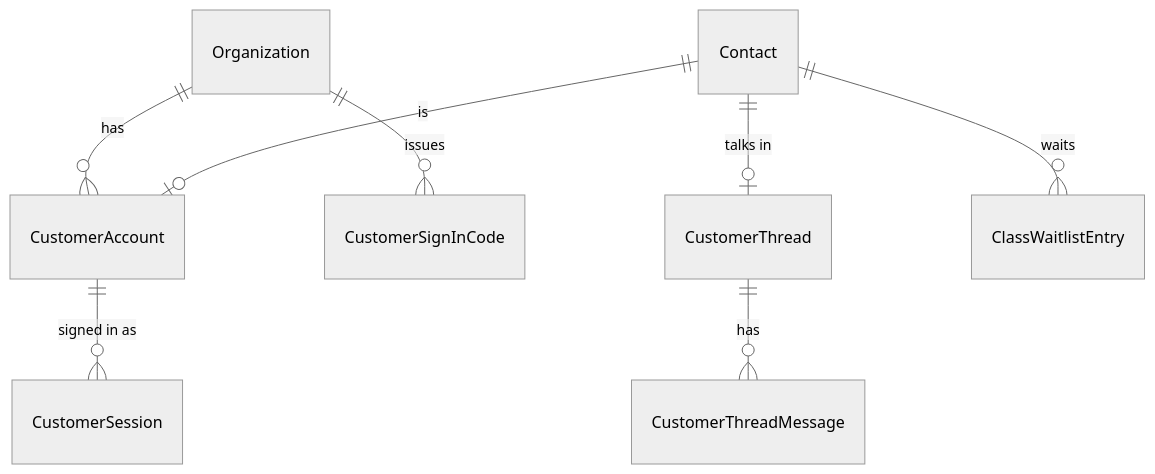
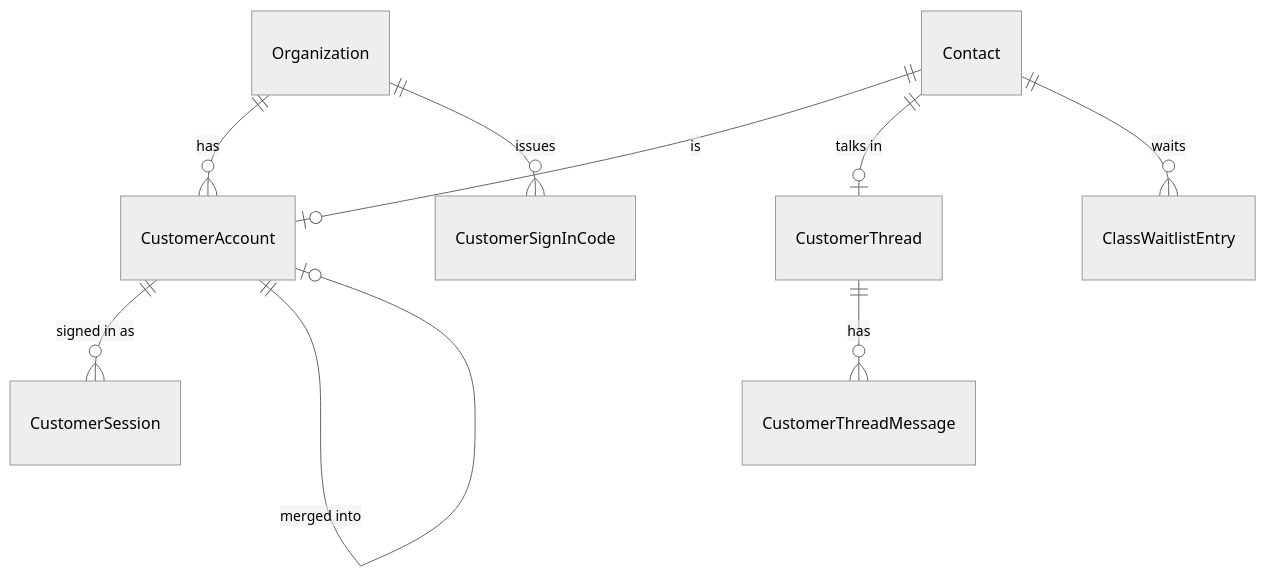
Before and after one commit to saroh-labs/saroh.in: the third of 4 diagrams in docs/plans/2026-09-26-001-feat-customer-accounts-plan.md, drawn with Mermaid (neutral theme). The commit also changed other lines of this file, not shown here.

First line of the commit message:
docs(plans): deepen customer accounts — verified-email linking, signed relay, RLS on customer routes, per-site switch

````diff
--- a/docs/plans/2026-09-26-001-feat-customer-accounts-plan.md
+++ b/docs/plans/2026-09-26-001-feat-customer-accounts-plan.md
@@ -266,10 +363,11 @@
 ```mermaid
 erDiagram
     Organization ||--o{ CustomerAccount : has
     Contact ||--o| CustomerAccount : "is"
     CustomerAccount ||--o{ CustomerSession : "signed in as"
+    CustomerAccount ||--o| CustomerAccount : "merged into"
     Organization ||--o{ CustomerSignInCode : issues
     Contact ||--o| CustomerThread : "talks in"
     CustomerThread ||--o{ CustomerThreadMessage : has
     Contact ||--o{ ClassWaitlistEntry : waits
 ```
````
